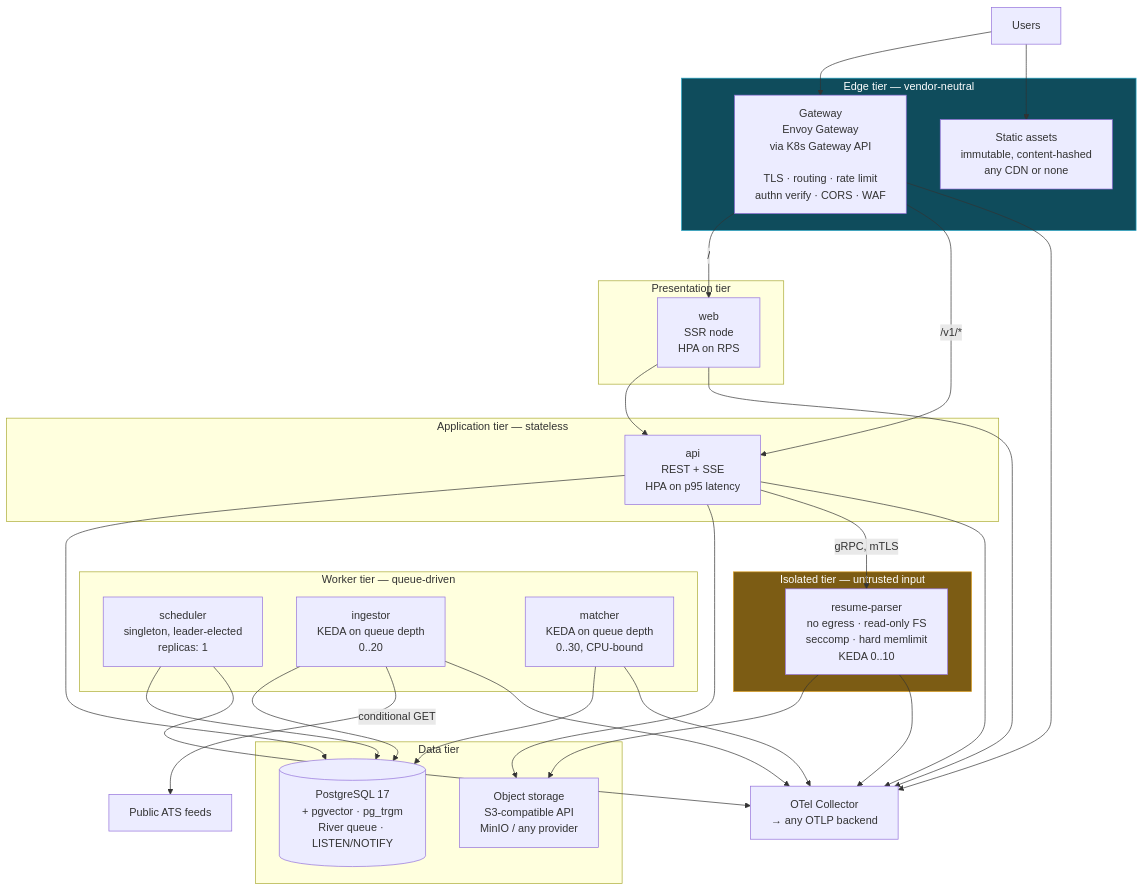
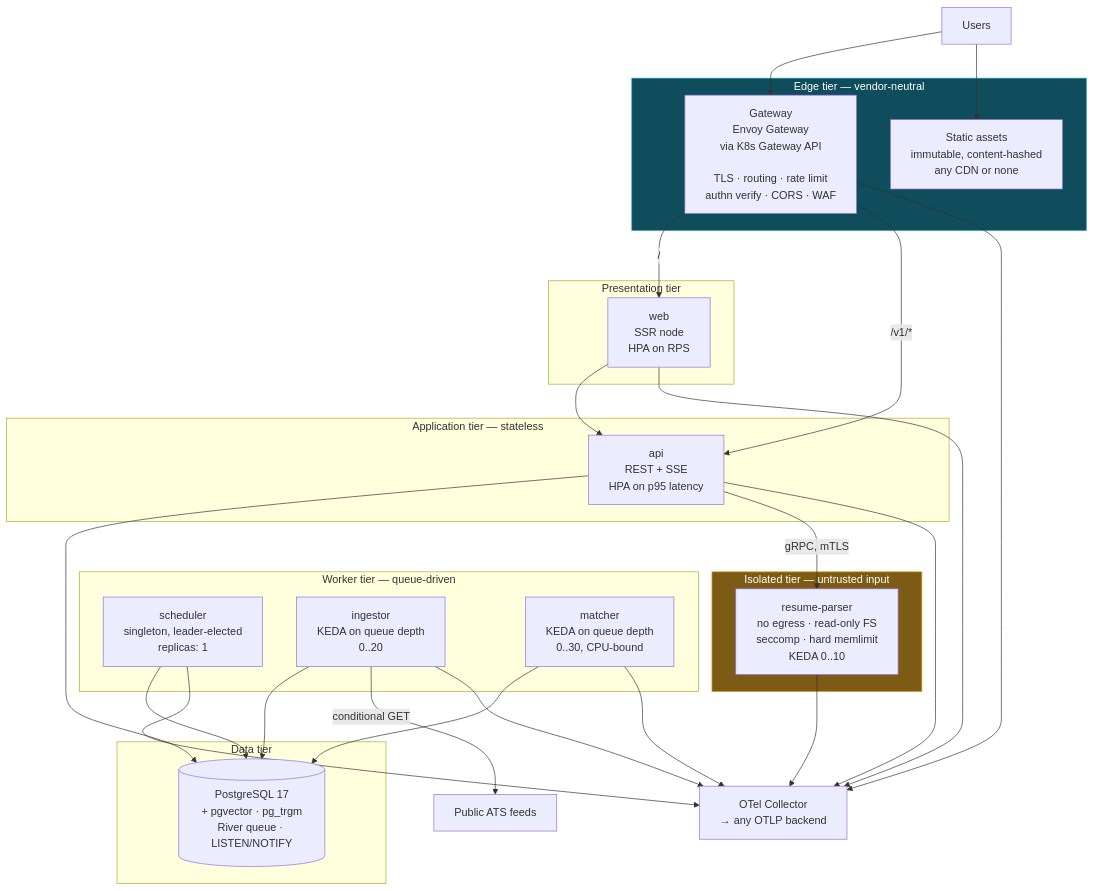
Before and after one commit to ergodicregulus/jobtrack: the first of 3 diagrams in docs/architecture/service-topology.md, drawn with Mermaid. The commit also changed other lines of this file and 21 other files, not shown here.

````diff
--- a/docs/architecture/service-topology.md
+++ b/docs/architecture/service-topology.md
@@ -26,56 +26,53 @@
 ```mermaid
 flowchart TB
     U["Users"]
 
     subgraph edge["Edge tier — vendor-neutral"]
         GW["Gateway<br/>Envoy Gateway<br/>via K8s Gateway API<br/><br/>TLS · routing · rate limit<br/>authn verify · CORS · WAF"]
         CDN["Static assets<br/>immutable, content-hashed<br/>any CDN or none"]
     end
 
     subgraph front["Presentation tier"]
         WEB["web<br/>SSR node<br/>HPA on RPS"]
     end
 
     subgraph appt["Application tier — stateless"]
         API["api<br/>REST + SSE<br/>HPA on p95 latency"]
     end
 
     subgraph workt["Worker tier — queue-driven"]
         SCHED["scheduler<br/>singleton, leader-elected<br/>replicas: 1"]
         ING["ingestor<br/>KEDA on queue depth<br/>0..20"]
         MAT["matcher<br/>KEDA on queue depth<br/>0..30, CPU-bound"]
     end
 
     subgraph iso["Isolated tier — untrusted input"]
         RP["resume-parser<br/>no egress · read-only FS<br/>seccomp · hard memlimit<br/>KEDA 0..10"]
     end
 
     subgraph data["Data tier"]
         PG[("PostgreSQL 17<br/>+ pgvector · pg_trgm<br/>River queue · LISTEN/NOTIFY")]
-        OBJ["Object storage<br/>S3-compatible API<br/>MinIO / any provider"]
     end
 
     OTEL["OTel Collector<br/>→ any OTLP backend"]
 
     U --> GW
     U --> CDN
     GW -->|"/"| WEB
     GW -->|"/v1/*"| API
     WEB --> API
 
     API --> PG
-    API --> OBJ
     API -->|"gRPC, mTLS"| RP
 
     SCHED --> PG
     ING --> PG
     MAT --> PG
-    RP --> OBJ
 
     ING -->|"conditional GET"| SRC["Public ATS feeds"]
 
     GW & WEB & API & ING & MAT & SCHED & RP --> OTEL
 
     style iso fill:#7c5c14,stroke:#d99a1c,color:#fff
     style edge fill:#0f4c5c,stroke:#22a3c3,color:#fff
 ```
````
